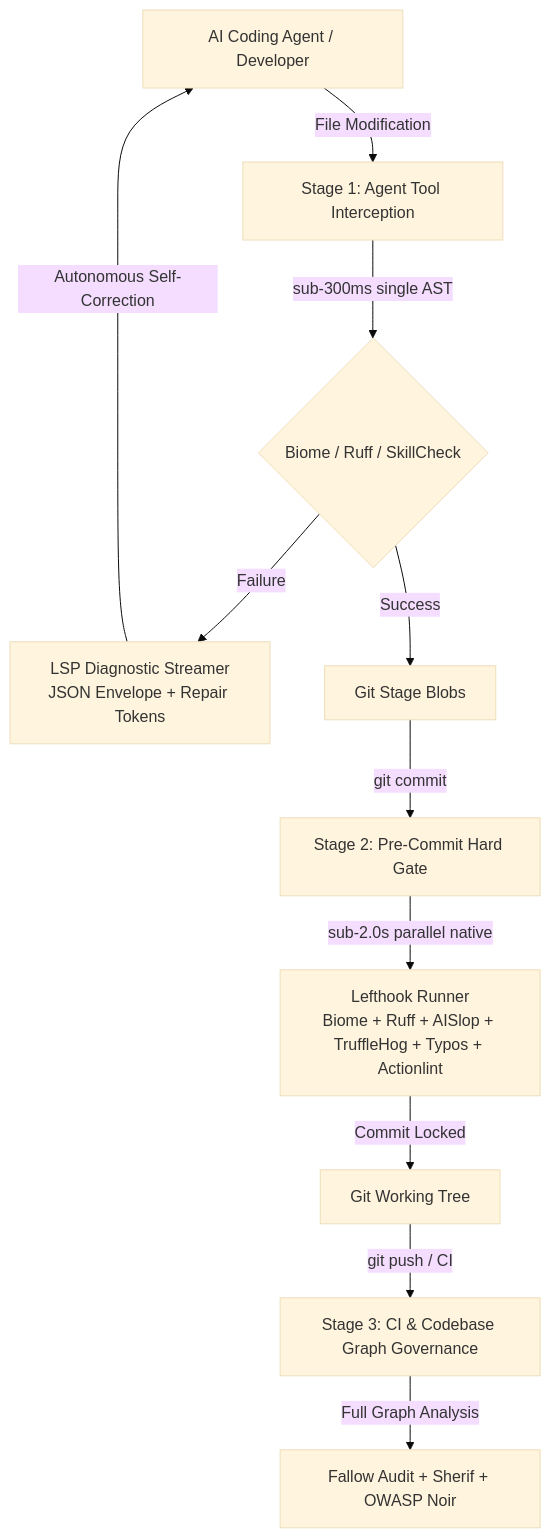
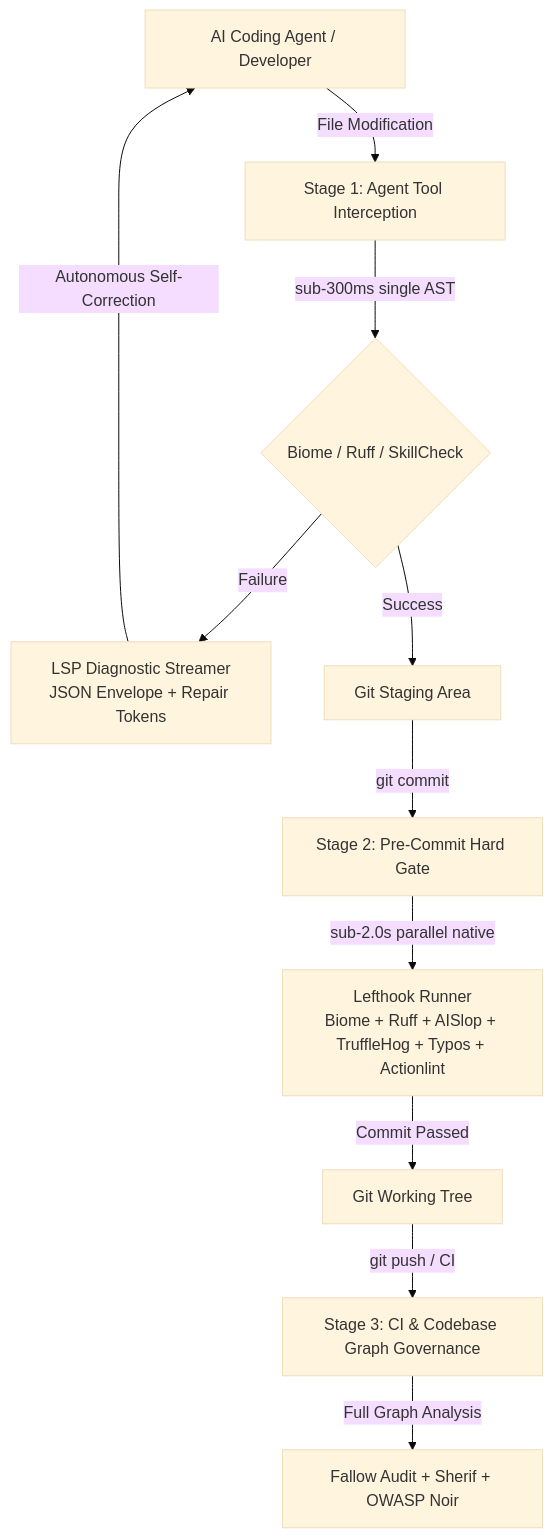
The diagram in README.md (Heretek-AI/Agent-Proof), drawn with Mermaid (base theme) before and after one commit. The commit also changed other lines of this file and 3 other files, not shown here.

````diff
--- a/README.md
+++ b/README.md
@@ -24,13 +31,13 @@
 ```mermaid
 flowchart TD
     A[AI Coding Agent / Developer] -->|File Modification| B[Stage 1: Agent Tool Interception]
     B -->|sub-300ms single AST| C{Biome / Ruff / SkillCheck}
     C -->|Failure| D[LSP Diagnostic Streamer\nJSON Envelope + Repair Tokens]
     D -->|Autonomous Self-Correction| A
-    C -->|Success| E[Git Stage Blobs]
+    C -->|Success| E[Git Staging Area]
     E -->|git commit| F[Stage 2: Pre-Commit Hard Gate]
     F -->|sub-2.0s parallel native| G[Lefthook Runner\nBiome + Ruff + AISlop + TruffleHog + Typos + Actionlint]
-    G -->|Commit Locked| H[Git Working Tree]
+    G -->|Commit Passed| H[Git Working Tree]
     H -->|git push / CI| I[Stage 3: CI & Codebase Graph Governance]
     I -->|Full Graph Analysis| J[Fallow Audit + Sherif + OWASP Noir]
 ```
````
